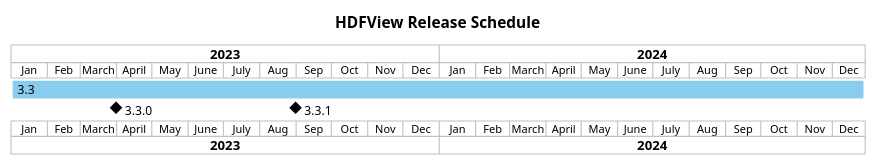
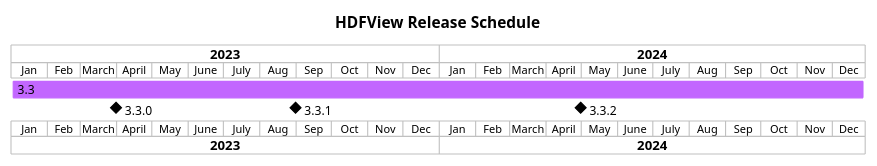
The diagram in docs/img/release-schedule.plantuml (HDFGroup/hdfview), drawn with PlantUML before and after one commit. The commit also changed 2 other files, not shown here.

```diff
--- a/docs/img/release-schedule.plantuml
+++ b/docs/img/release-schedule.plantuml
@@ -5,14 +5,16 @@
 @startgantt
 
 title HDFView Release Schedule
 
 projectscale monthly
 Project starts 2023-01-01
 
 [3.3] starts 2023-01-01 and lasts 104 weeks
 [3.3.0] happens 2023-03-31
 [3.3.1] happens 2023-08-31
+[3.3.2] happens 2024-04-30
 [3.3.1] displays on same row as [3.3.0]
-[3.3] is colored in #88CCEE
+[3.3.2] displays on same row as [3.3.0]
+[3.3] is colored in #C266FF
 
 @endgantt
```
